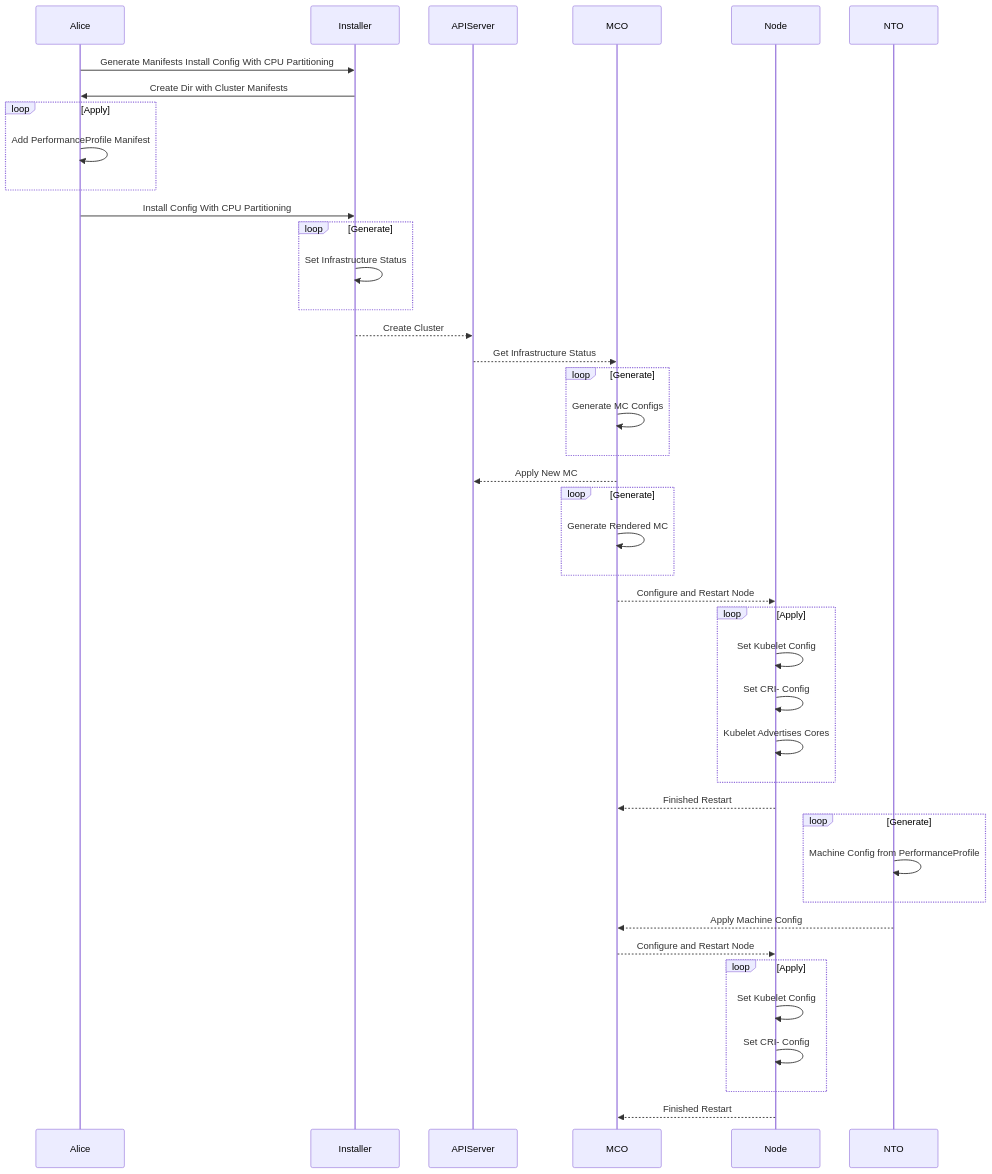
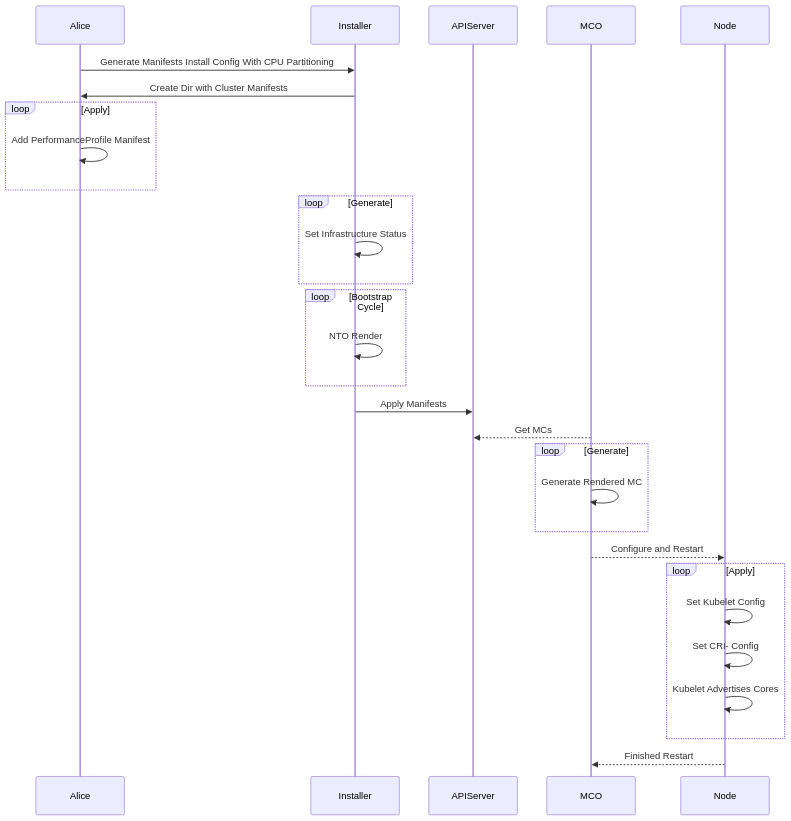
Before and after one commit to openshift/enhancements: the first of 3 diagrams in enhancements/workload-partitioning/wide-availability-workload-partitioning.md, drawn with Mermaid. The commit also changed other lines of this file, not shown here.

First line of the commit message:
feat: updated to include NTO rendering

````diff
--- a/enhancements/workload-partitioning/wide-availability-workload-partitioning.md
+++ b/enhancements/workload-partitioning/wide-availability-workload-partitioning.md
@@ -362,38 +362,26 @@
 ```mermaid
 sequenceDiagram
 Alice->>Installer: Generate Manifests Install Config With CPU Partitioning
 Installer->>Alice: Create Dir with Cluster Manifests
 loop Apply
     Alice->>Alice: Add PerformanceProfile Manifest
 end
-Alice->>Installer: Install Config With CPU Partitioning
 loop Generate
     Installer->>Installer: Set Infrastructure Status
 end
-Installer-->>APIServer: Create Cluster
-APIServer-->>MCO: Get Infrastructure Status
-loop Generate
-    MCO->>MCO: Generate MC Configs
+loop Bootstrap Cycle
+    Installer->>Installer: NTO Render
 end
-MCO-->>APIServer: Apply New MC
+Installer->>APIServer: Apply Manifests
+MCO-->>APIServer: Get MCs
 loop Generate
     MCO->>MCO: Generate Rendered MC
 end
-MCO-->>Node: Configure and Restart Node
+MCO-->>Node: Configure and Restart
 loop Apply
     Node->>Node: Set Kubelet Config
     Node->>Node: Set CRI- Config
     Node->>Node: Kubelet Advertises Cores
 end
 Node-->>MCO: Finished Restart
-loop Generate
-    NTO->>NTO: Machine Config from PerformanceProfile
-end
-NTO-->>MCO: Apply Machine Config
-MCO-->>Node: Configure and Restart Node
-loop Apply
-    Node->>Node: Set Kubelet Config
-    Node->>Node: Set CRI- Config
-end
-Node-->>MCO: Finished Restart
 ```
````
